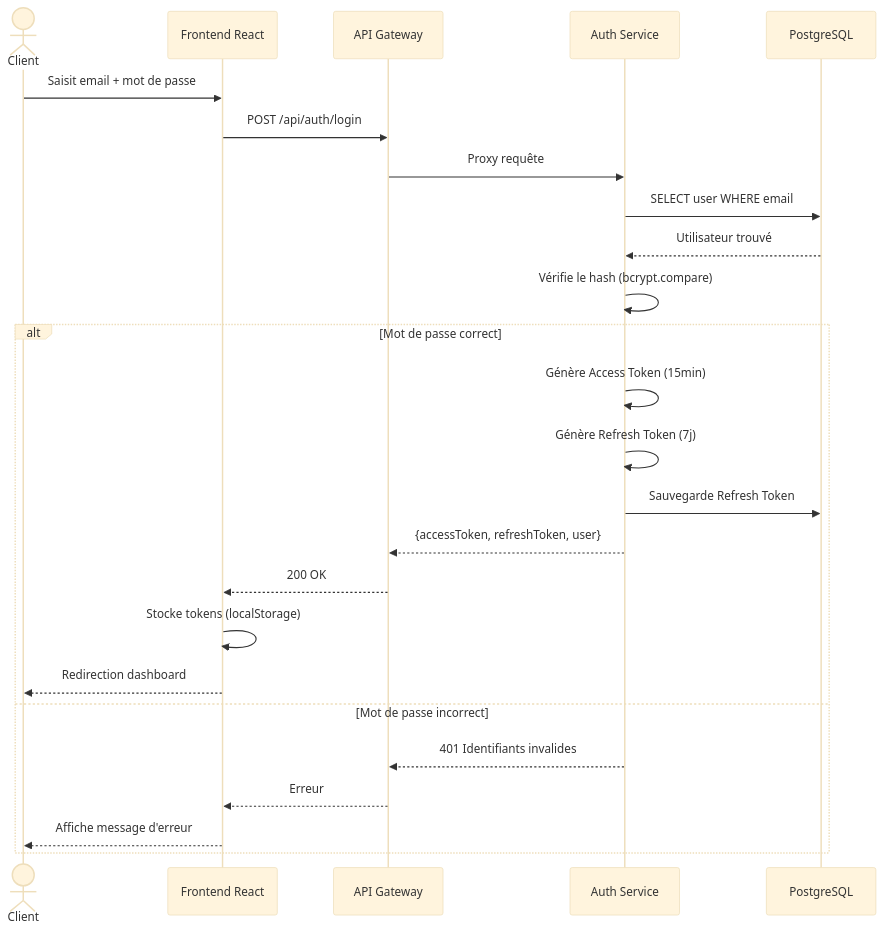
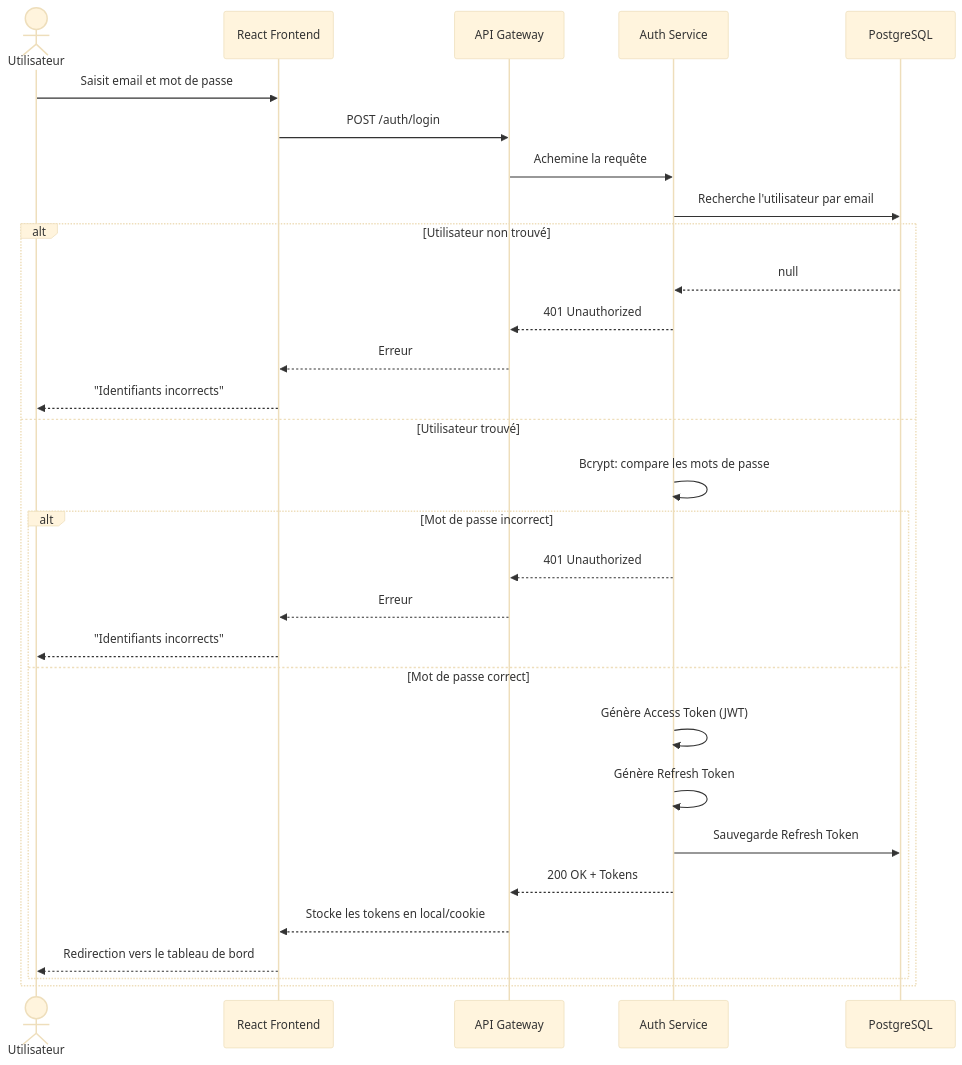
One commit to hamzabenmarwen/app_pfe changed the diagram in mermaid_sources/seq_connexion.mmd. Above: the diagram before and after it, drawn with Mermaid (base theme). The commit also changed 185 other files, not shown here.

```diff
--- a/mermaid_sources/seq_connexion.mmd
+++ b/mermaid_sources/seq_connexion.mmd
@@ -1,26 +1,32 @@
 sequenceDiagram
-    actor Client
-    participant Frontend as Frontend React
+    actor Utilisateur
+    participant UI as React Frontend
     participant Gateway as API Gateway
     participant Auth as Auth Service
     participant DB as PostgreSQL
 
-    Client->>Frontend: Saisit email + mot de passe
-    Frontend->>Gateway: POST /api/auth/login
-    Gateway->>Auth: Proxy requête
-    Auth->>DB: SELECT user WHERE email
-    DB-->>Auth: Utilisateur trouvé
-    Auth->>Auth: Vérifie le hash (bcrypt.compare)
-    alt Mot de passe correct
-        Auth->>Auth: Génère Access Token (15min)
-        Auth->>Auth: Génère Refresh Token (7j)
-        Auth->>DB: Sauvegarde Refresh Token
-        Auth-->>Gateway: {accessToken, refreshToken, user}
-        Gateway-->>Frontend: 200 OK
-        Frontend->>Frontend: Stocke tokens (localStorage)
-        Frontend-->>Client: Redirection dashboard
-    else Mot de passe incorrect
-        Auth-->>Gateway: 401 Identifiants invalides
-        Gateway-->>Frontend: Erreur
-        Frontend-->>Client: Affiche message d'erreur
+    Utilisateur->>UI: Saisit email et mot de passe
+    UI->>Gateway: POST /auth/login
+    Gateway->>Auth: Achemine la requête
+    Auth->>DB: Recherche l'utilisateur par email
+    
+    alt Utilisateur non trouvé
+        DB-->>Auth: null
+        Auth-->>Gateway: 401 Unauthorized
+        Gateway-->>UI: Erreur
+        UI-->>Utilisateur: "Identifiants incorrects"
+    else Utilisateur trouvé
+        Auth->>Auth: Bcrypt: compare les mots de passe
+        alt Mot de passe incorrect
+            Auth-->>Gateway: 401 Unauthorized
+            Gateway-->>UI: Erreur
+            UI-->>Utilisateur: "Identifiants incorrects"
+        else Mot de passe correct
+            Auth->>Auth: Génère Access Token (JWT)
+            Auth->>Auth: Génère Refresh Token
+            Auth->>DB: Sauvegarde Refresh Token
+            Auth-->>Gateway: 200 OK + Tokens
+            Gateway-->>UI: Stocke les tokens en local/cookie
+            UI-->>Utilisateur: Redirection vers le tableau de bord
+        end
     end
```
